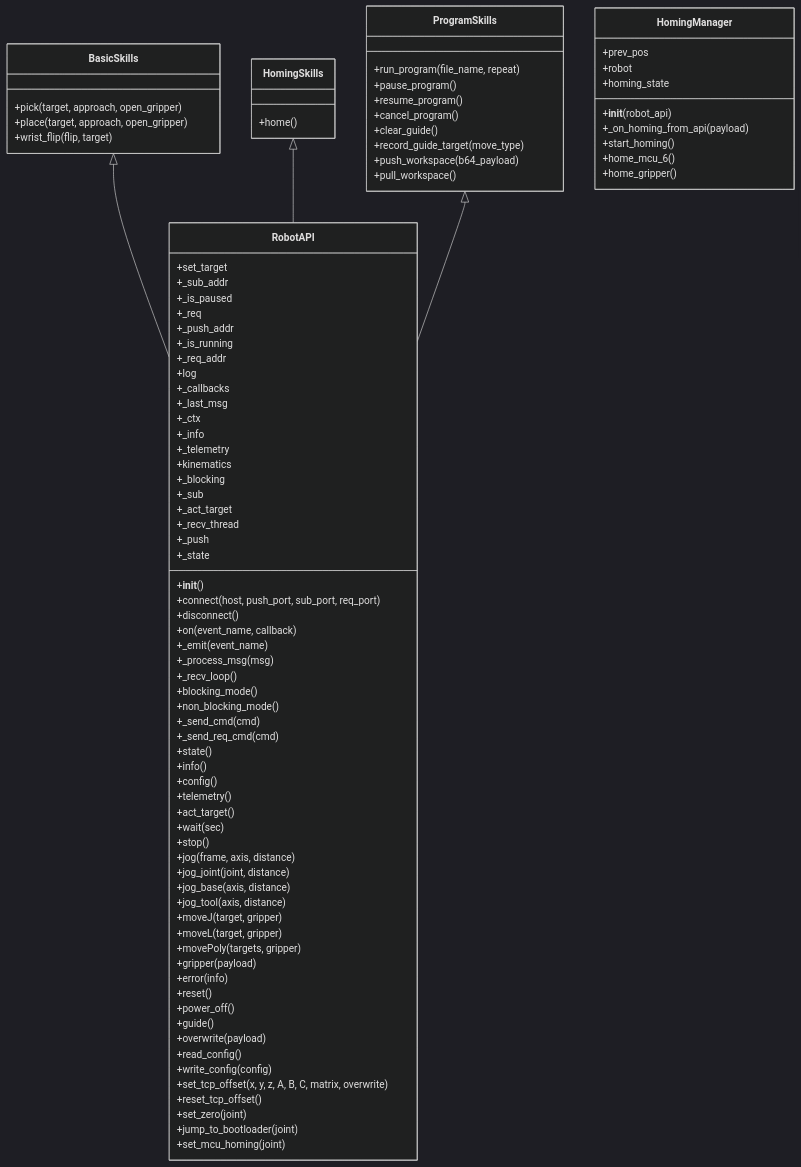
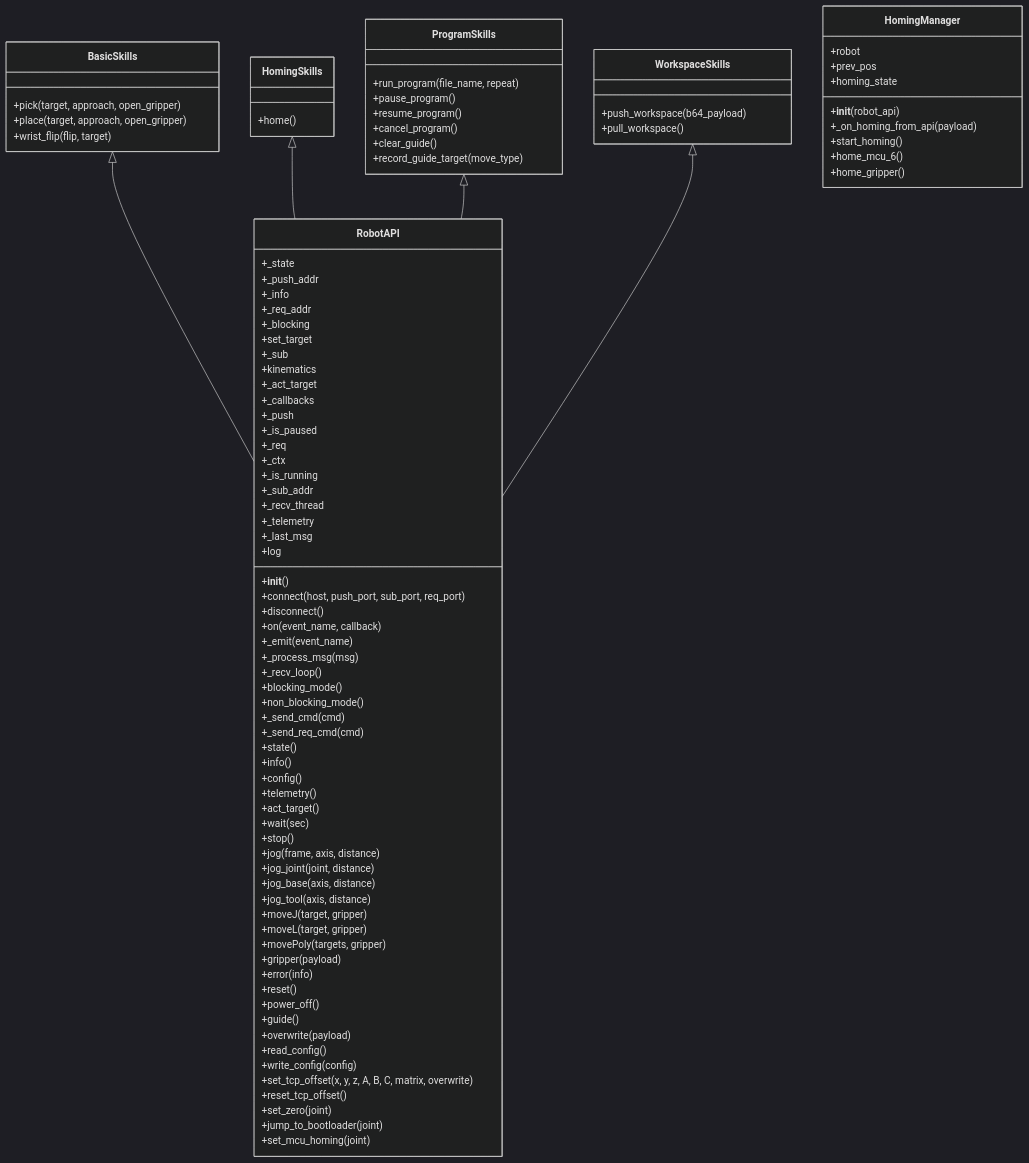
Before and after one commit to VA-Mechatronics/KARL-Robot: the diagram in docs/graphs/client.md, drawn with Mermaid (dark theme). The commit also changed 36 other files, not shown here.

````diff
--- a/docs/graphs/client.md
+++ b/docs/graphs/client.md
@@ -3,26 +3,26 @@
 ```mermaid
 classDiagram
     class RobotAPI {
+        +_state
+        +_push_addr
+        +_info
+        +_req_addr
+        +_blocking
         +set_target
-        +_sub_addr
+        +_sub
+        +kinematics
+        +_act_target
+        +_callbacks
+        +_push
         +_is_paused
         +_req
-        +_push_addr
+        +_ctx
         +_is_running
-        +_req_addr
+        +_sub_addr
+        +_recv_thread
+        +_telemetry
+        +_last_msg
         +log
-        +_callbacks
-        +_last_msg
-        +_ctx
-        +_info
-        +_telemetry
-        +kinematics
-        +_blocking
-        +_sub
-        +_act_target
-        +_recv_thread
-        +_push
-        +_state
         +__init__()
         +connect(host, push_port, sub_port, req_port)
         +disconnect()
@@ -65,14 +65,15 @@
     BasicSkills <|-- RobotAPI
     HomingSkills <|-- RobotAPI
     ProgramSkills <|-- RobotAPI
+    WorkspaceSkills <|-- RobotAPI
     class BasicSkills {
         +pick(target, approach, open_gripper)
         +place(target, approach, open_gripper)
         +wrist_flip(flip, target)
     }
     class HomingManager {
+        +robot
         +prev_pos
-        +robot
         +homing_state
         +__init__(robot_api)
         +_on_homing_from_api(payload)
@@ -91,7 +92,7 @@
         +clear_guide()
         +record_guide_target(move_type)
     }
-    class ProgramSkills {
+    class WorkspaceSkills {
         +push_workspace(b64_payload)
         +pull_workspace()
     }
````
